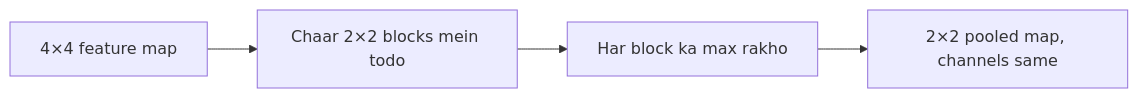
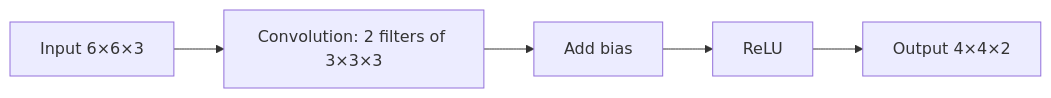
Before and after one commit to TrendySloth1001/sem-seven-notes: the third of 4 diagrams in content/deep-learning/notes/cnn.hi.mdx, drawn with Mermaid. The commit also changed other lines of this file and 23 other files, not shown here.

````diff
--- a/content/deep-learning/notes/cnn.hi.mdx
+++ b/content/deep-learning/notes/cnn.hi.mdx
@@ -536,7 +548,8 @@
 ```mermaid
-%% caption: Ek channel pe max pooling. Feature map ka har 2×2 block apne sabse bade value se replace hota hai, to 4×4 map 2×2 ban jaata hai.
+%% caption: 6×6×3 input par 2 filters wali ek convolution layer. Har filter ek 4×4 map deta hai; maps stack hote hain.
 flowchart LR
-  A["4×4 feature map"] --> B["Chaar 2×2 blocks mein todo"]
-  B --> C["Har block ka max rakho"]
-  C --> D["2×2 pooled map, channels same"]
+  A["Input 6×6×3"] --> B["Convolution: 2 filters of 3×3×3"]
+  B --> C["Add bias"]
+  C --> D["ReLU"]
+  D --> E["Output 4×4×2"]
 ```
````
